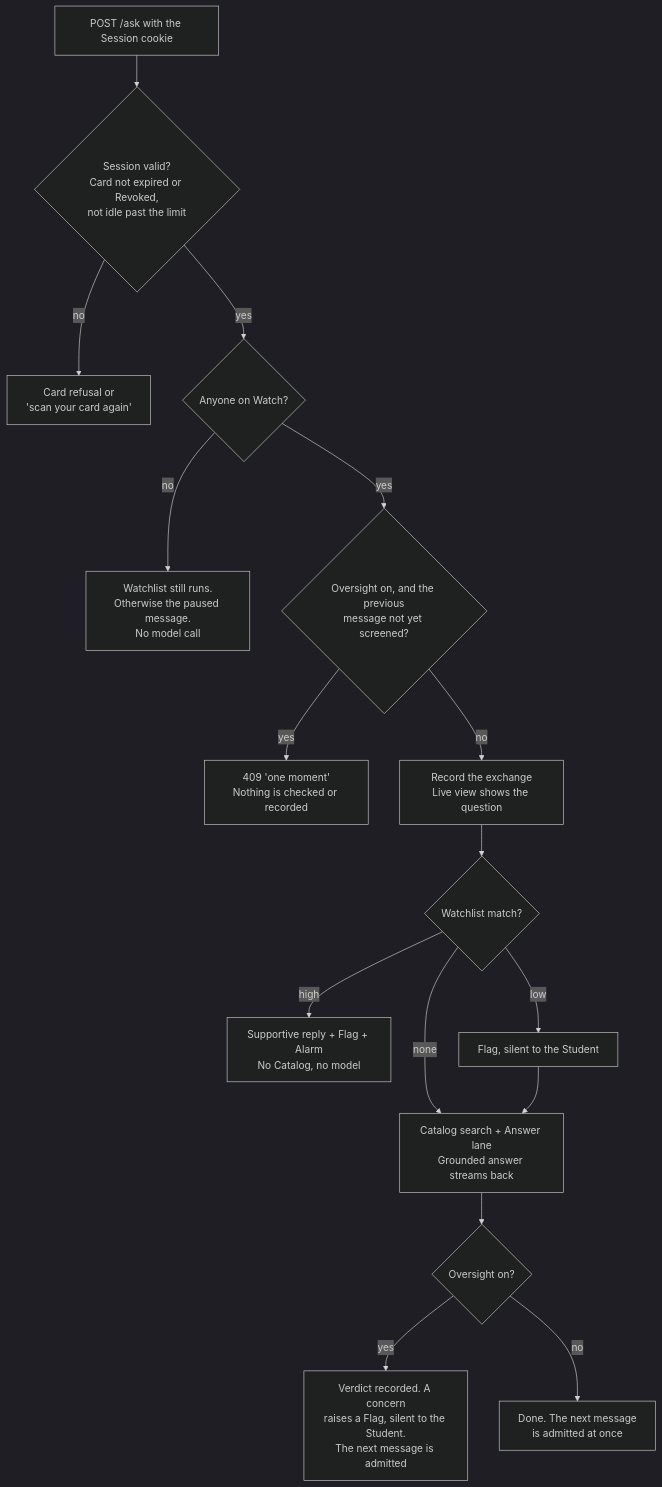
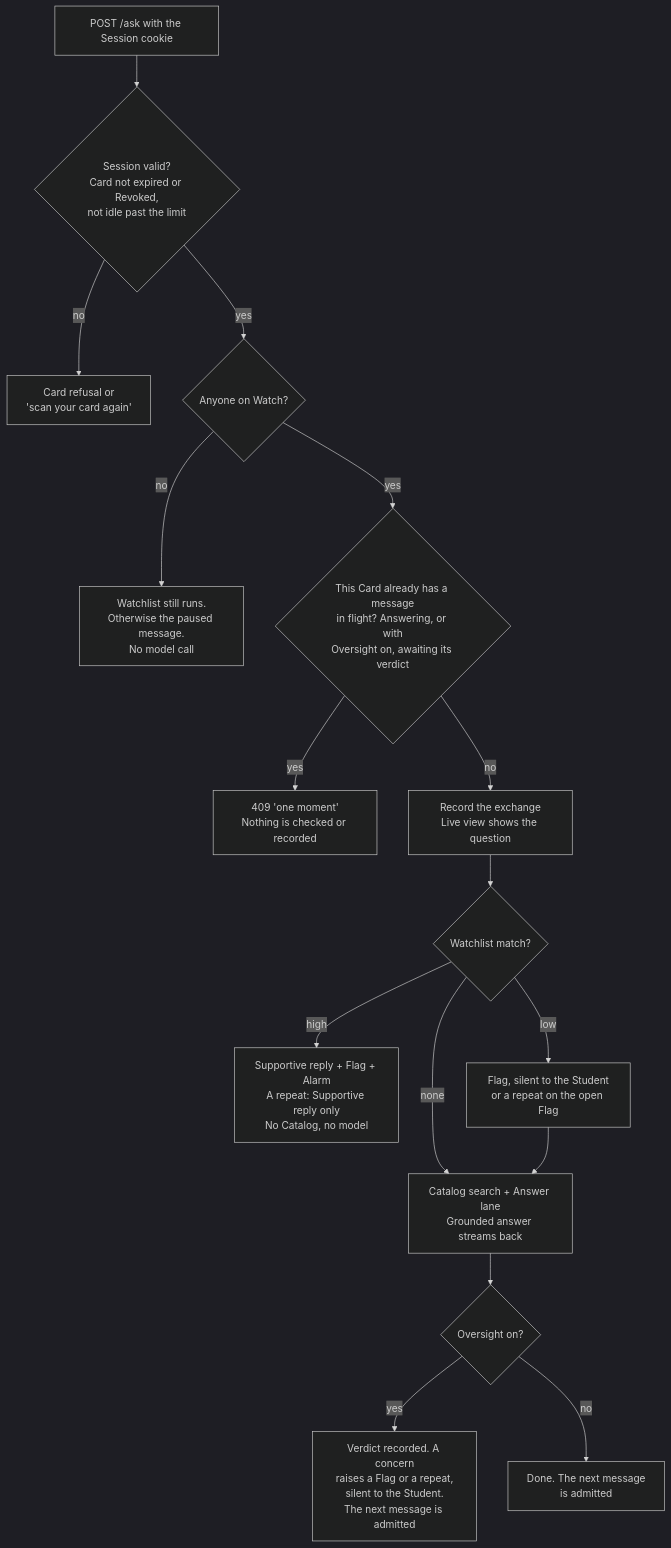
One commit to imkarrer/library-ai-lab changed the first of 7 diagrams in docs/design/student-message-flow.md. Above: the diagram before and after it, drawn with Mermaid (dark theme). The commit also changed other lines of this file, not shown here.

First line of the commit message:
docs/design: record decisions on in-flight, repeats, screening Supportive replies

````diff
--- a/docs/design/student-message-flow.md
+++ b/docs/design/student-message-flow.md
@@ -19,18 +20,18 @@
 ```mermaid
 flowchart TD
     A[POST /ask with the Session cookie] --> B{Session valid?<br/>Card not expired or Revoked,<br/>not idle past the limit}
     B -- no --> B1[Card refusal or<br/>'scan your card again']
     B -- yes --> C{Anyone on Watch?}
     C -- no --> C1[Watchlist still runs.<br/>Otherwise the paused message.<br/>No model call]
-    C -- yes --> D{Oversight on, and the previous<br/>message not yet screened?}
+    C -- yes --> D{This Card already has a message<br/>in flight? Answering, or with<br/>Oversight on, awaiting its verdict}
     D -- yes --> D1[409 'one moment'<br/>Nothing is checked or recorded]
     D -- no --> E[Record the exchange<br/>Live view shows the question]
     E --> F{Watchlist match?}
-    F -- high --> F1[Supportive reply + Flag + Alarm<br/>No Catalog, no model]
-    F -- low --> F2[Flag, silent to the Student]
+    F -- high --> F1[Supportive reply + Flag + Alarm<br/>A repeat: Supportive reply only<br/>No Catalog, no model]
+    F -- low --> F2[Flag, silent to the Student<br/>or a repeat on the open Flag]
     F -- none --> G
     F2 --> G[Catalog search + Answer lane<br/>Grounded answer streams back]
     G --> H{Oversight on?}
-    H -- yes --> H1[Verdict recorded. A concern<br/>raises a Flag, silent to the Student.<br/>The next message is admitted]
-    H -- no --> I[Done. The next message<br/>is admitted at once]
+    H -- yes --> H1[Verdict recorded. A concern<br/>raises a Flag or a repeat,<br/>silent to the Student.<br/>The next message is admitted]
+    H -- no --> I[Done. The next message<br/>is admitted]
 ```
````
